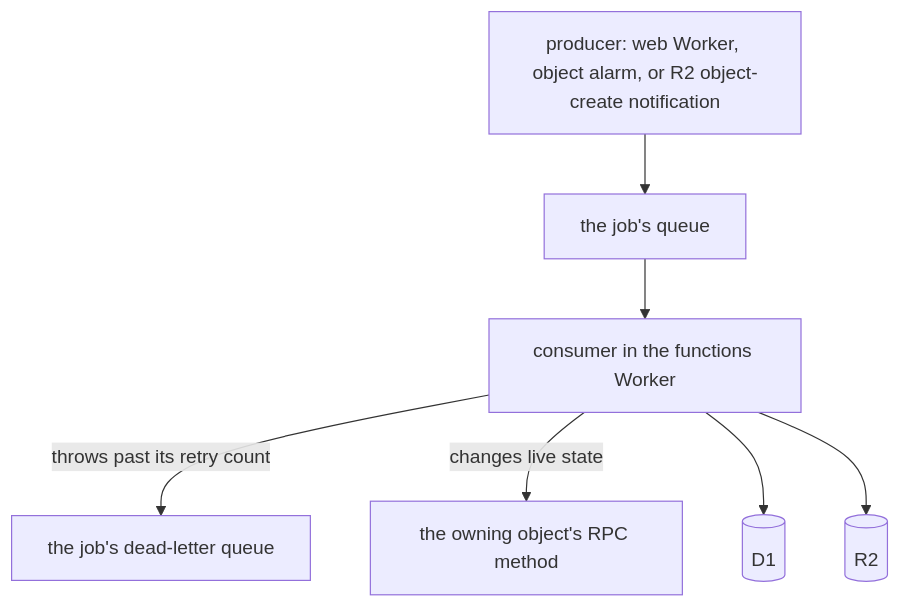
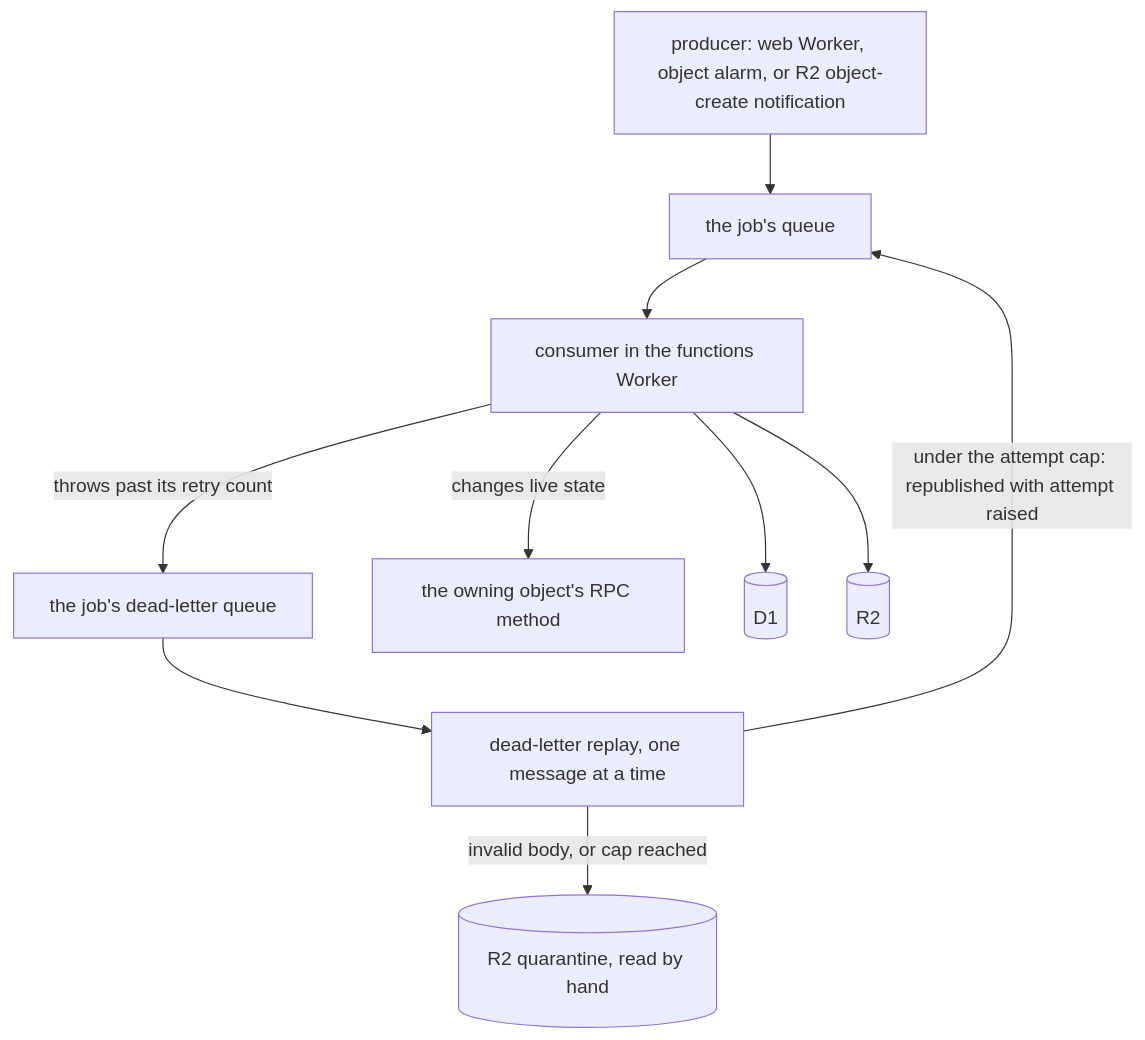
One commit to Esposter/Esposter changed the third of 3 diagrams in openspec/specs/architecture/cloudflare-services/design.md. Above: the diagram before and after it, drawn with Mermaid. The commit also changed other lines of this file and 3 other files, not shown here.

First line of the commit message:
docs(cloudflare): the dead-letter replay, its quarantine and its consumers are specified

````diff
--- a/openspec/specs/architecture/cloudflare-services/design.md
+++ b/openspec/specs/architecture/cloudflare-services/design.md
@@ -83,9 +85,12 @@
 ```mermaid
 flowchart TD
   P["producer: web Worker, object alarm, or R2 object-create notification"] --> Q["the job's queue"]
   Q --> H["consumer in the functions Worker"]
   H -->|"throws past its retry count"| DL["the job's dead-letter queue"]
+  DL --> R["dead-letter replay, one message at a time"]
+  R -->|"under the attempt cap: republished with attempt raised"| Q
+  R -->|"invalid body, or cap reached"| QR[("R2 quarantine, read by hand")]
   H -->|"changes live state"| O["the owning object's RPC method"]
   H --> D[("D1")]
   H --> B[("R2")]
 ```
````
